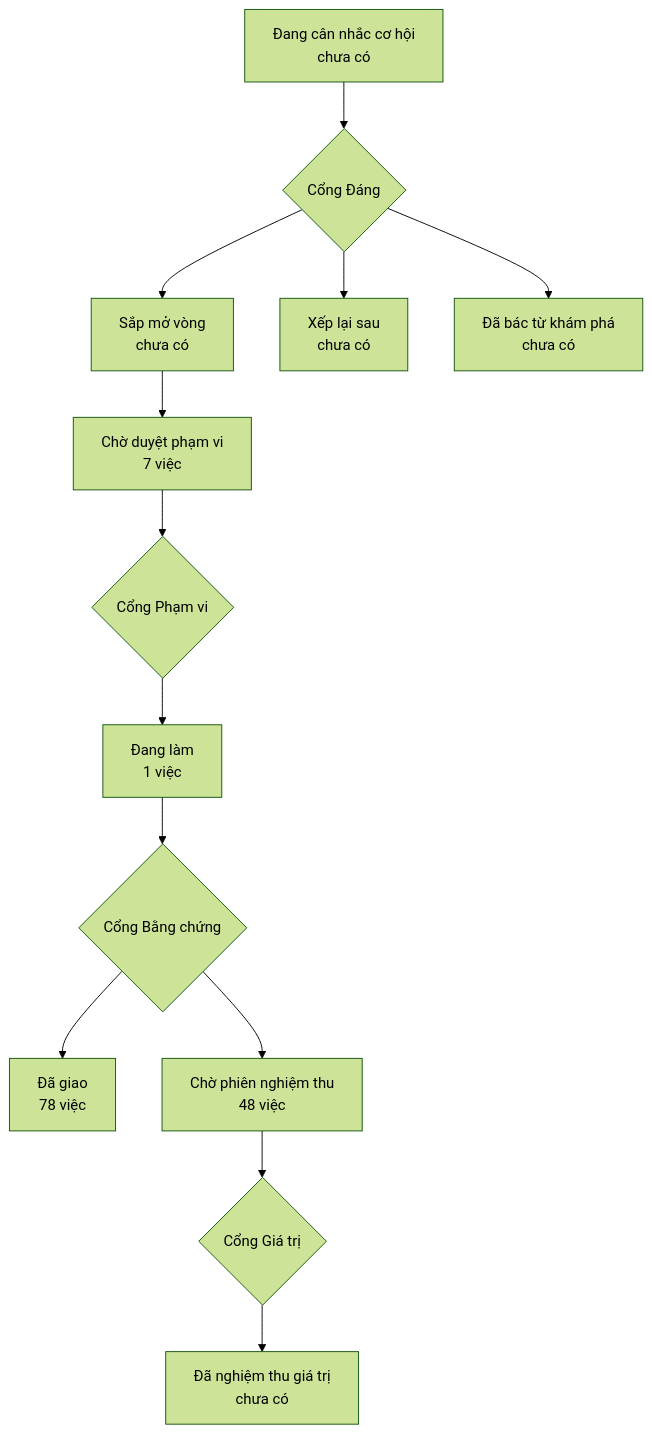
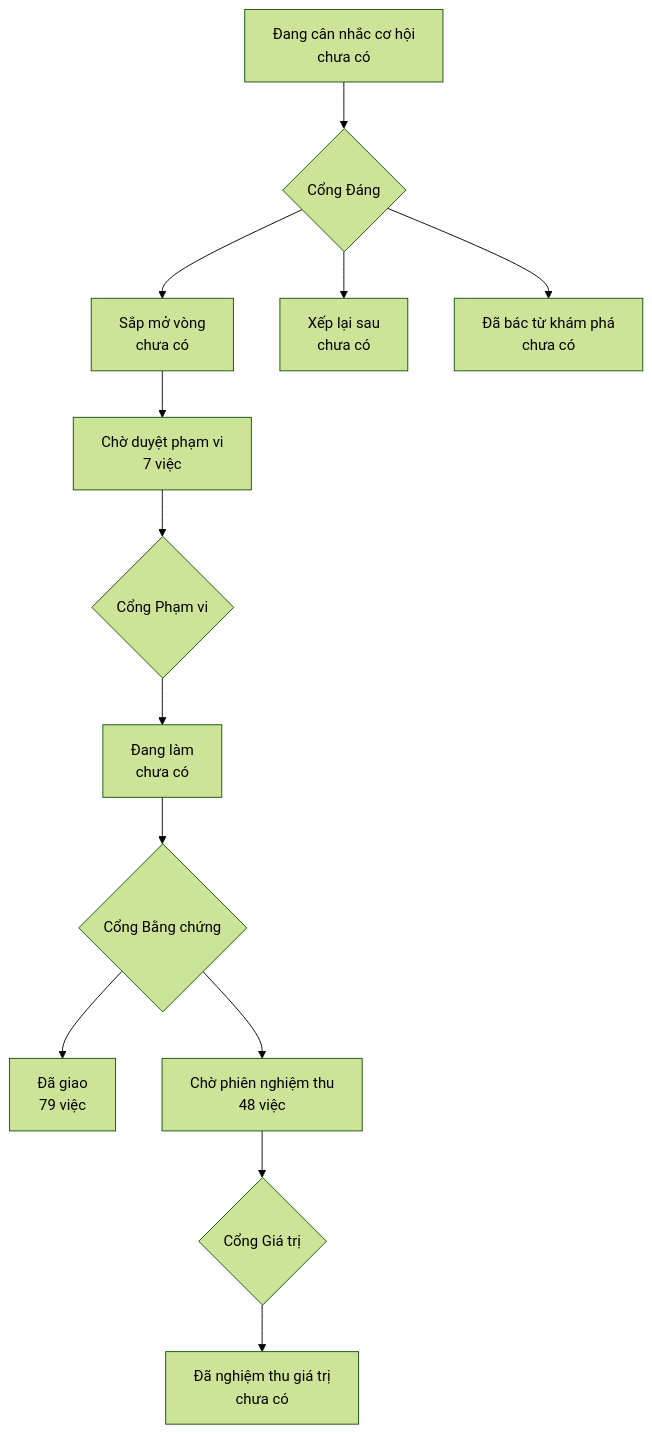
One commit to phanlemanh/onehub-invest changed the diagram in PRODUCT-MAP.md. Above: the diagram before and after it, drawn with Mermaid (forest theme). The commit also changed other lines of this file and 5 other files, not shown here.

````diff
--- a/PRODUCT-MAP.md
+++ b/PRODUCT-MAP.md
@@ -7,12 +7,12 @@
 ```mermaid
 flowchart TD
   A["Đang cân nhắc cơ hội<br/>chưa có"] --> GD{"Cổng Đáng"}
   GD --> B["Sắp mở vòng<br/>chưa có"]
   GD --> XL["Xếp lại sau<br/>chưa có"]
   GD --> DB["Đã bác từ khám phá<br/>chưa có"]
   B --> CD["Chờ duyệt phạm vi<br/>7 việc"] --> GP{"Cổng Phạm vi"}
-  GP --> DL["Đang làm<br/>1 việc"] --> GB{"Cổng Bằng chứng"}
-  GB --> DG["Đã giao<br/>78 việc"]
+  GP --> DL["Đang làm<br/>chưa có"] --> GB{"Cổng Bằng chứng"}
+  GB --> DG["Đã giao<br/>79 việc"]
   GB --> CN["Chờ phiên nghiệm thu<br/>48 việc"] --> GG{"Cổng Giá trị"}
   GG --> NT["Đã nghiệm thu giá trị<br/>chưa có"]
 ```
````
